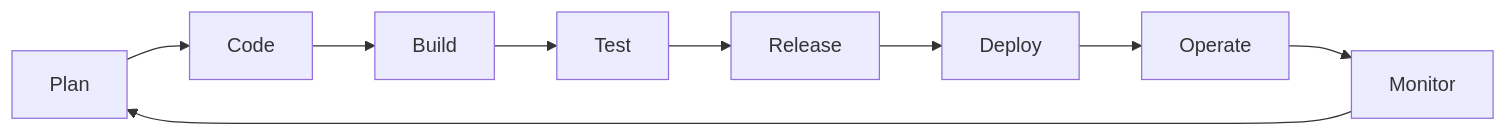
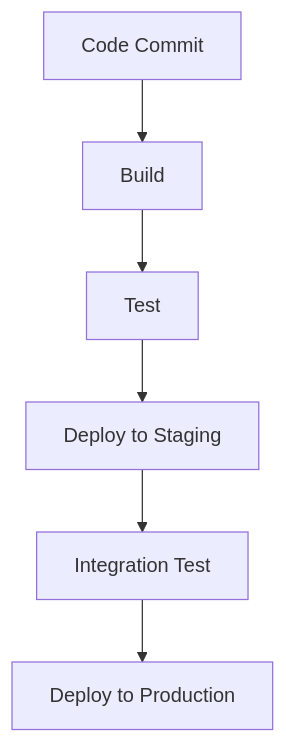
Before and after one commit to VrushankPatel/interview-matters: the diagram in devops-infrastructure-as-code/README.md, drawn with Mermaid. The commit also changed other lines of this file and 5 other files, not shown here.

````diff
--- a/devops-infrastructure-as-code/README.md
+++ b/devops-infrastructure-as-code/README.md
@@ -39,11 +93,8 @@
 ```mermaid
-graph LR
-    A[Plan] --> B[Code]
-    B --> C[Build]
-    C --> D[Test]
-    D --> E[Release]
-    E --> F[Deploy]
-    F --> G[Operate]
-    G --> H[Monitor]
-    H --> A
+graph TD;
+    A[Code Commit] --> B[Build];
+    B --> C[Test];
+    C --> D[Deploy to Staging];
+    D --> E[Integration Test];
+    E --> F[Deploy to Production];
 ```
````
